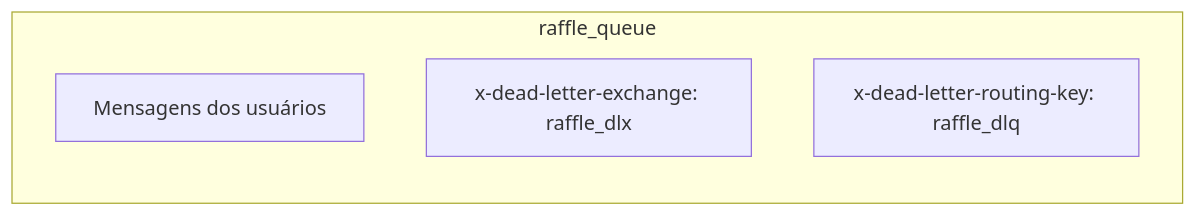
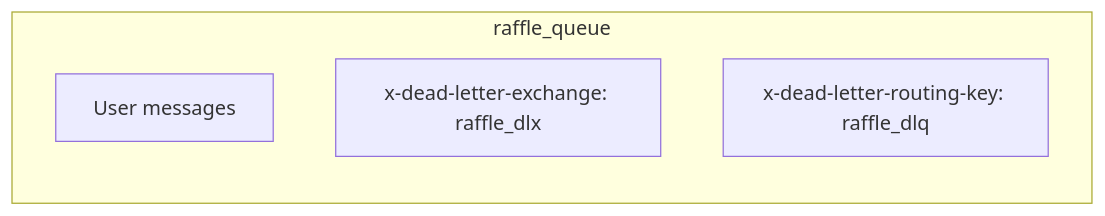
The third of 6 diagrams in docs/user_queue_process.md (dakoctba/raffle), drawn with Mermaid before and after one commit. The commit also changed other lines of this file and 2 other files, not shown here.

````diff
--- a/docs/user_queue_process.md
+++ b/docs/user_queue_process.md
@@ -125,8 +129,8 @@
 ```mermaid
 graph LR
     subgraph "raffle_queue"
-        A[Mensagens dos usuários]
+        A[User messages]
         B[x-dead-letter-exchange: raffle_dlx]
         C[x-dead-letter-routing-key: raffle_dlq]
     end
 ```
````
